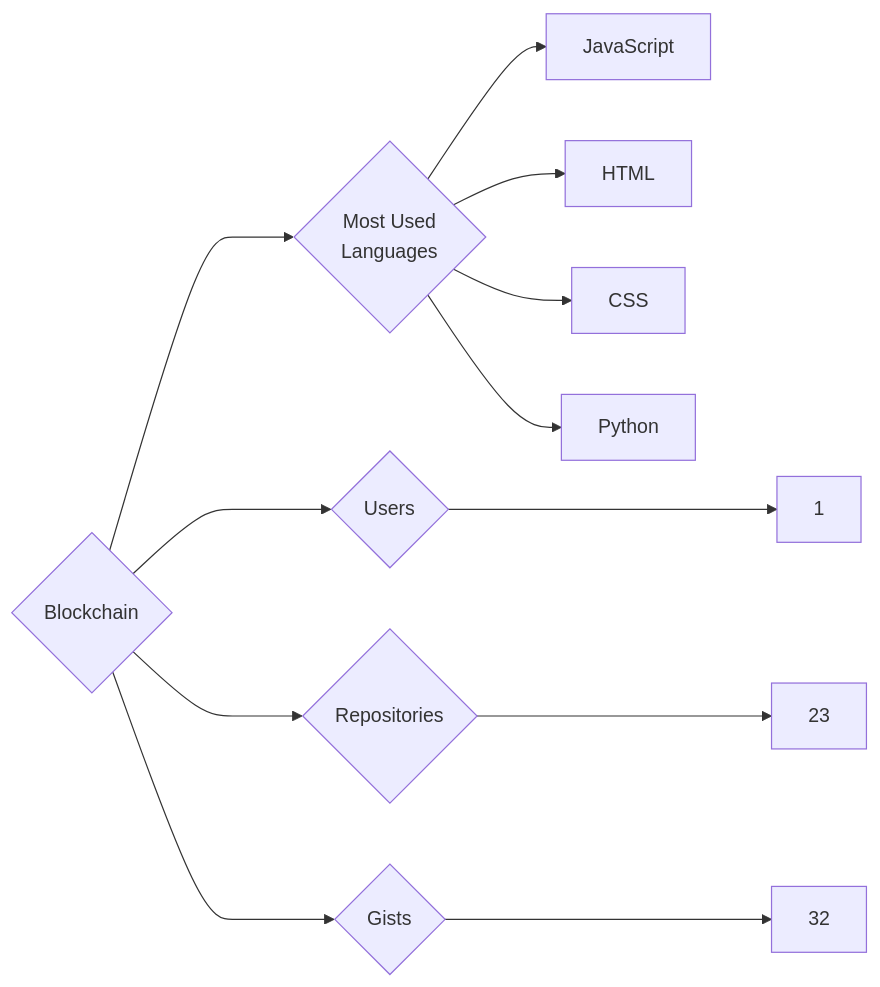
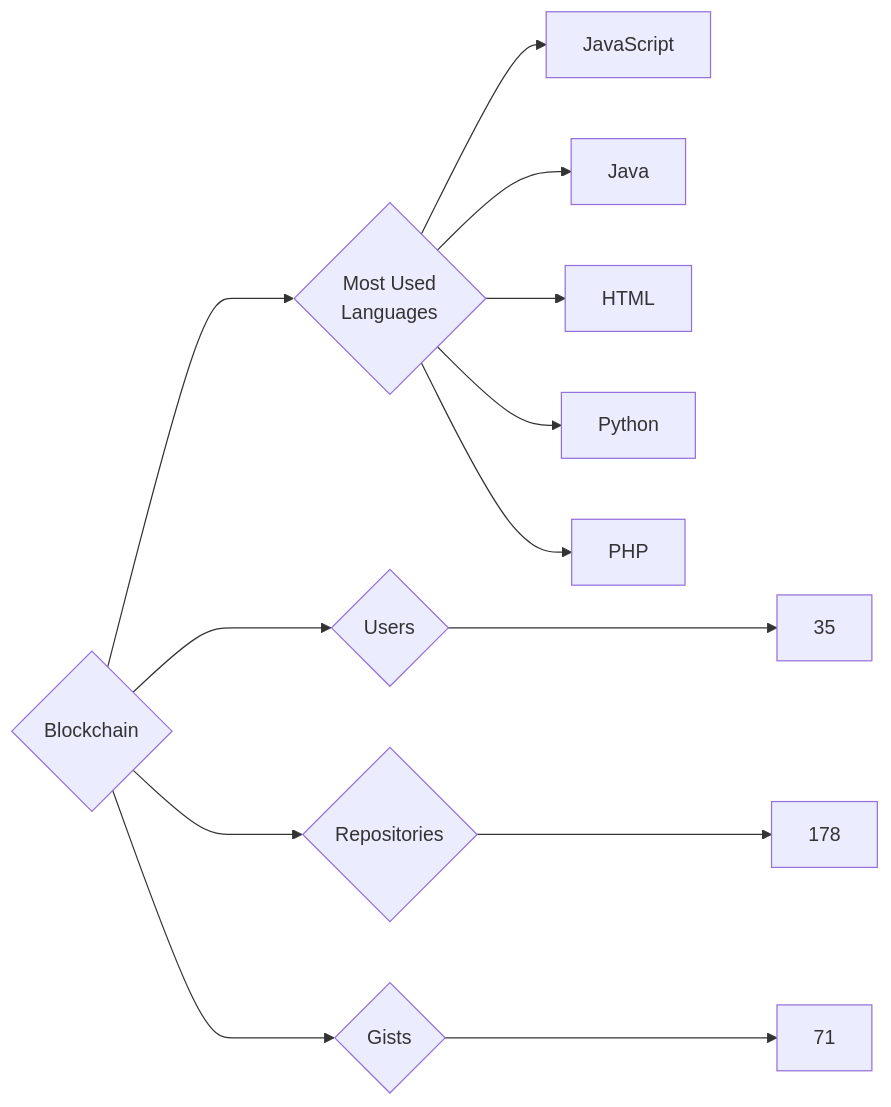
Before and after one commit to trickest/insiders: the diagram in targets/Blockchain/README.md, drawn with Mermaid. The commit also changed 951 other files, not shown here.

````diff
--- a/targets/Blockchain/README.md
+++ b/targets/Blockchain/README.md
@@ -3,12 +3,13 @@
 ```mermaid
 graph LR
 COMPANY_NAME{Blockchain}
-COMPANY_NAME ---> U{Users} ---> UN[1]
-COMPANY_NAME ---> R{Repositories} ---> RN[23]
-COMPANY_NAME ---> G{Gists} ---> GN[32]
+COMPANY_NAME ---> U{Users} ---> UN[35]
+COMPANY_NAME ---> R{Repositories} ---> RN[178]
+COMPANY_NAME ---> G{Gists} ---> GN[71]
 COMPANY_NAME ---> ML{Most Used<br>Languages}
-ML --> JavaScript
-ML --> HTML
-ML --> CSS
-ML --> Python
+ML --> JavaScript[JavaScript]
+ML --> Java[Java]
+ML --> HTML[HTML]
+ML --> Python[Python]
+ML --> PHP[PHP]
 ```
````
